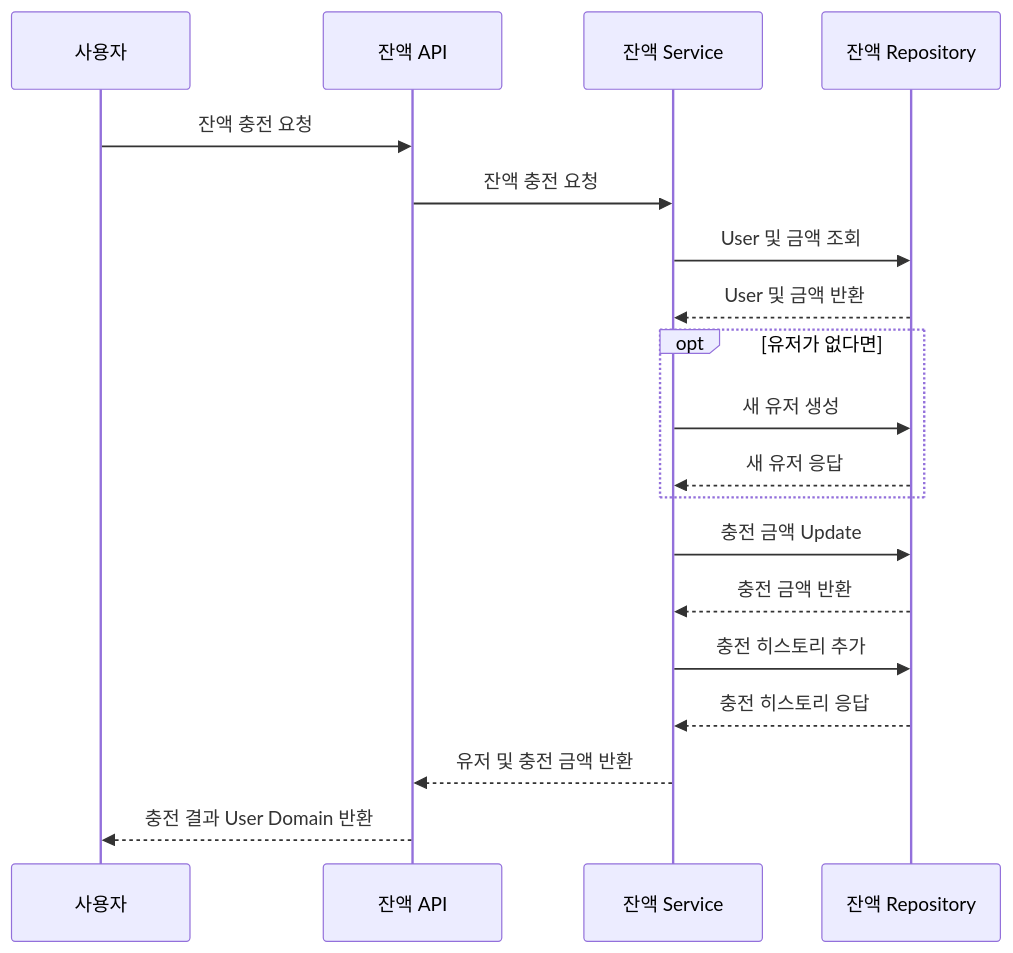
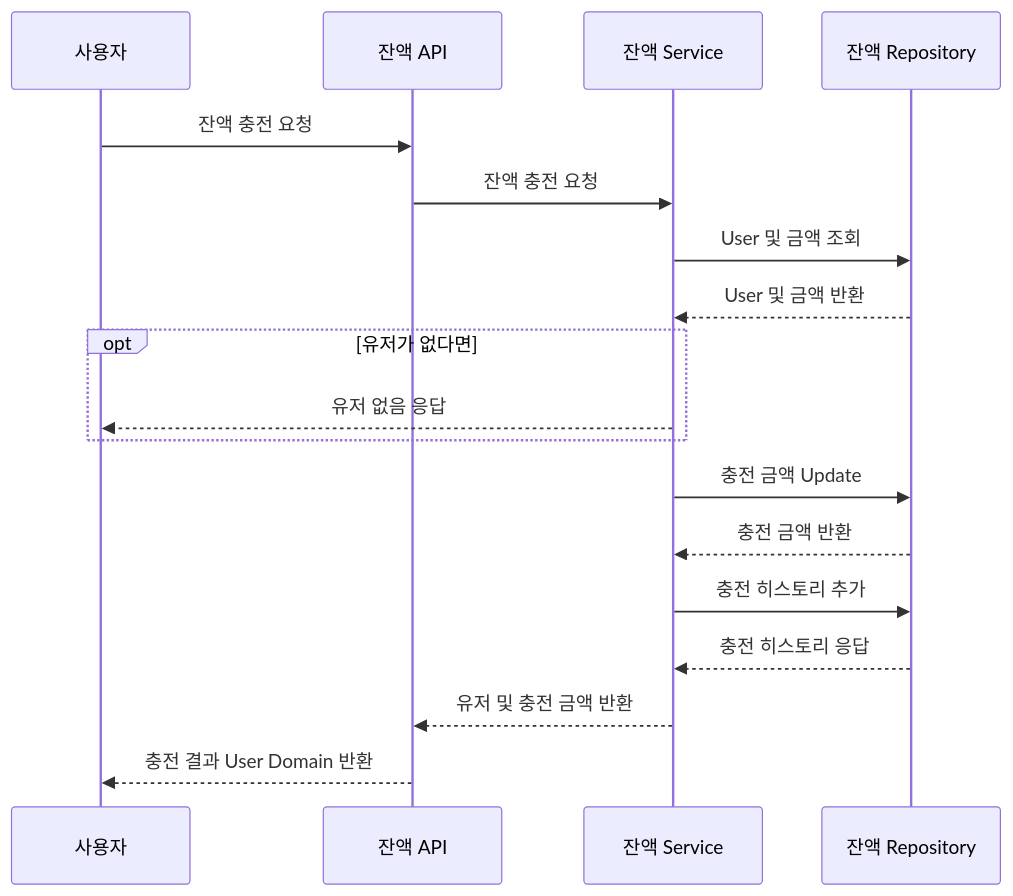
The first of 11 diagrams in docs/시퀀스다이어그램.md (Hyuntae-91/ecommerce-practice), drawn with Mermaid before and after one commit. The commit also changed other lines of this file and 13 other files, not shown here.

Commit message:
docs: 불필요한 image 파일 삭제 및 erd 머메이드에서 다른 툴로 변경

````diff
--- a/docs/시퀀스다이어그램.md
+++ b/docs/시퀀스다이어그램.md
@@ -2,22 +2,21 @@
 ```mermaid
 sequenceDiagram
   participant P0 as 사용자
   participant P1 as 잔액 API
   participant P2 as 잔액 Service
   participant P5 as 잔액 Repository
 
   P0 ->> P1: 잔액 충전 요청
   P1 ->> P2: 잔액 충전 요청
   P2 ->> P5: User 및 금액 조회
   P5 -->> P2: User 및 금액 반환
   opt 유저가 없다면
-    P2 ->> P5: 새 유저 생성
-    P5 -->> P2: 새 유저 응답
+    P2 -->> P0: 유저 없음 응답
   end
   P2 ->> P5: 충전 금액 Update
   P5 -->> P2: 충전 금액 반환
   P2 ->> P5: 충전 히스토리 추가
   P5 -->> P2: 충전 히스토리 응답
   P2 -->> P1: 유저 및 충전 금액 반환
   P1 -->> P0: 충전 결과 User Domain 반환
 ```
````
